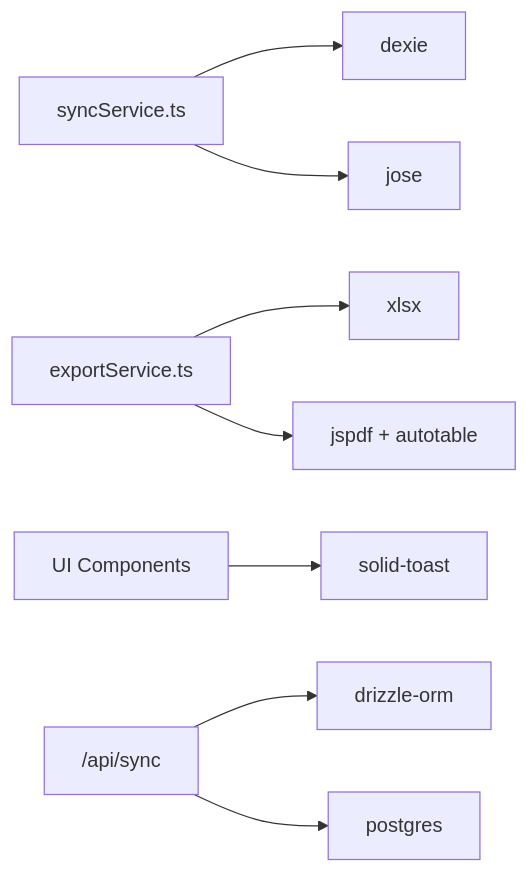
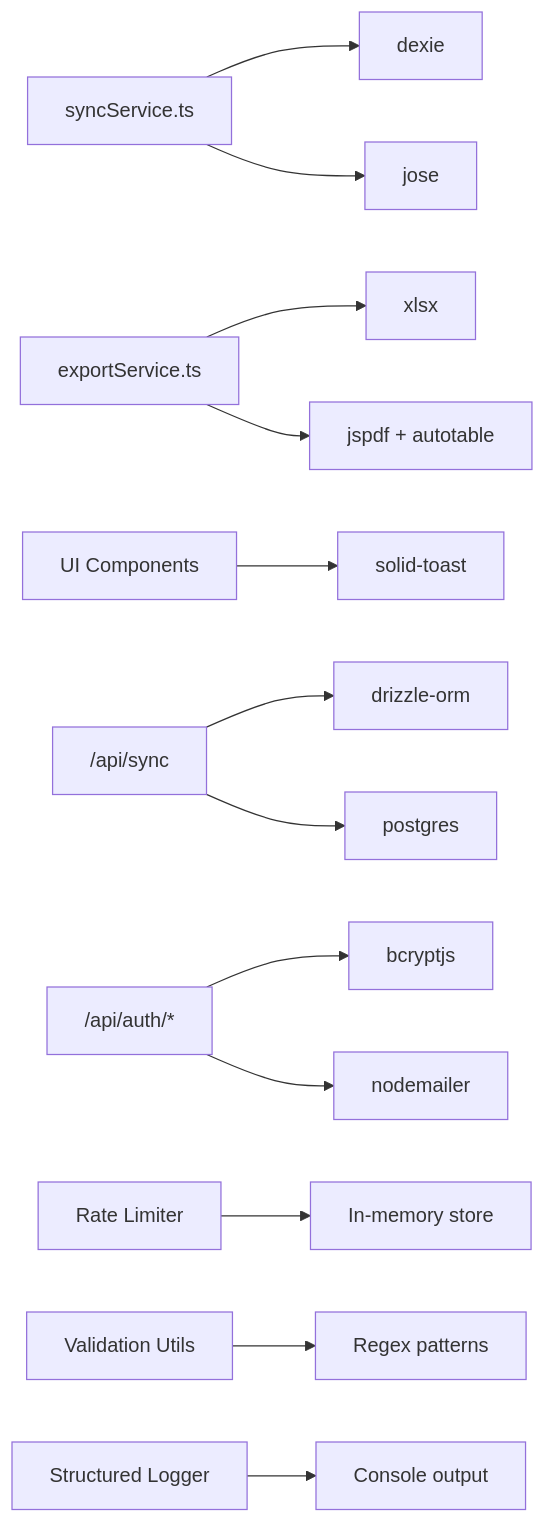
One commit to riod94/ngepos changed the ninth of 9 diagrams in .qoder/repowiki/en/content/Utility Libraries/Utility Libraries.md. Above: the diagram before and after it, drawn with Mermaid. The commit also changed other lines of this file and 51 other files, not shown here.

````diff
--- a/.qoder/repowiki/en/content/Utility Libraries/Utility Libraries.md
+++ b/.qoder/repowiki/en/content/Utility Libraries/Utility Libraries.md
@@ -257,10 +410,15 @@
 ```mermaid
 graph LR
 Sync["syncService.ts"] --> Dexie["dexie"]
 Sync --> JWT["jose"]
 Export["exportService.ts"] --> XLSX["xlsx"]
 Export --> PDF["jspdf + autotable"]
 UI["UI Components"] --> Toast["solid-toast"]
 API["/api/sync"] --> Drizzle["drizzle-orm"]
 API --> Postgres["postgres"]
+AuthAPI["/api/auth/*"] --> Bcrypt["bcryptjs"]
+AuthAPI --> Nodemailer["nodemailer"]
+RateLimit["Rate Limiter"] --> Memory["In-memory store"]
+Validation["Validation Utils"] --> Regex["Regex patterns"]
+Logger["Structured Logger"] --> Console["Console output"]
 ```
````
